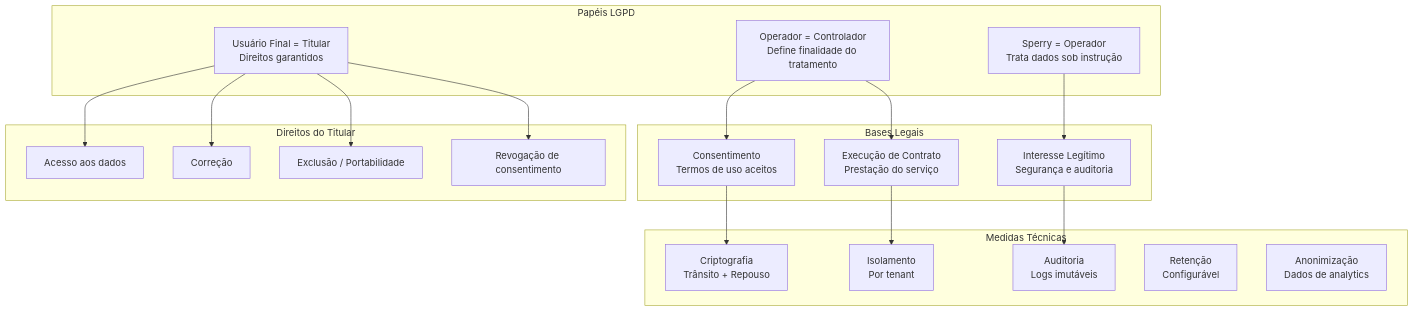
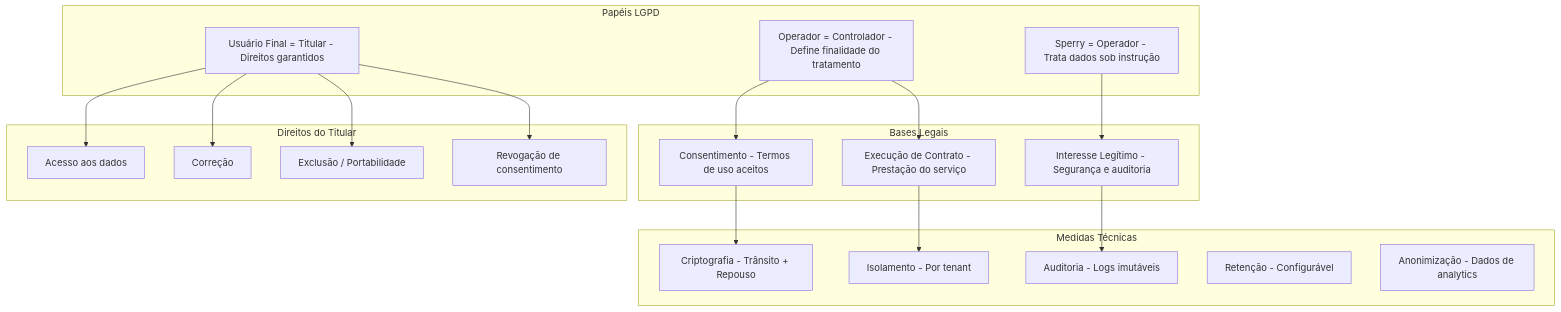
The fifth of 7 diagrams in docs/WHITE_LABEL_OVERVIEW.md (SperryTecnologia/debuga-ai), drawn with Mermaid before and after one commit. The commit also changed other lines of this file and 213 other files, not shown here.

````diff
--- a/docs/WHITE_LABEL_OVERVIEW.md
+++ b/docs/WHITE_LABEL_OVERVIEW.md
@@ -229,40 +229,40 @@
 ```mermaid
 graph TB
     subgraph "Papéis LGPD"
-        CONTROLADOR[Operador = Controlador<br/>Define finalidade do tratamento]
-        OPERADOR_LGPD[Sperry = Operador<br/>Trata dados sob instrução]
-        TITULAR[Usuário Final = Titular<br/>Direitos garantidos]
+        CONTROLADOR[Operador = Controlador - Define finalidade do tratamento]
+        OPERADOR_LGPD[Sperry = Operador - Trata dados sob instrução]
+        TITULAR[Usuário Final = Titular - Direitos garantidos]
     end
 
     subgraph "Bases Legais"
-        CONSENTIMENTO[Consentimento<br/>Termos de uso aceitos]
-        CONTRATO[Execução de Contrato<br/>Prestação do serviço]
-        LEGITIMO[Interesse Legítimo<br/>Segurança e auditoria]
+        CONSENTIMENTO[Consentimento - Termos de uso aceitos]
+        CONTRATO[Execução de Contrato - Prestação do serviço]
+        LEGITIMO[Interesse Legítimo - Segurança e auditoria]
     end
 
     subgraph "Direitos do Titular"
         ACESSO[Acesso aos dados]
         CORRECAO[Correção]
-        EXCLUSAO[Exclusão / Portabilidade]
+        EXCLUSAO["Exclusão / Portabilidade"]
         REVOGACAO[Revogação de consentimento]
     end
 
     subgraph "Medidas Técnicas"
-        CRYPTO[Criptografia<br/>Trânsito + Repouso]
-        ISOLAMENTO[Isolamento<br/>Por tenant]
-        AUDITORIA[Auditoria<br/>Logs imutáveis]
-        RETENCAO[Retenção<br/>Configurável]
-        ANONIMIZACAO[Anonimização<br/>Dados de analytics]
+        CRYPTO[Criptografia - Trânsito + Repouso]
+        ISOLAMENTO[Isolamento - Por tenant]
+        AUDITORIA[Auditoria - Logs imutáveis]
+        RETENCAO[Retenção - Configurável]
+        ANONIMIZACAO[Anonimização - Dados de analytics]
     end
 
     CONTROLADOR --> CONSENTIMENTO
     CONTROLADOR --> CONTRATO
     OPERADOR_LGPD --> LEGITIMO
     TITULAR --> ACESSO
     TITULAR --> CORRECAO
     TITULAR --> EXCLUSAO
     TITULAR --> REVOGACAO
     CONSENTIMENTO --> CRYPTO
     CONTRATO --> ISOLAMENTO
     LEGITIMO --> AUDITORIA
 ```
````
